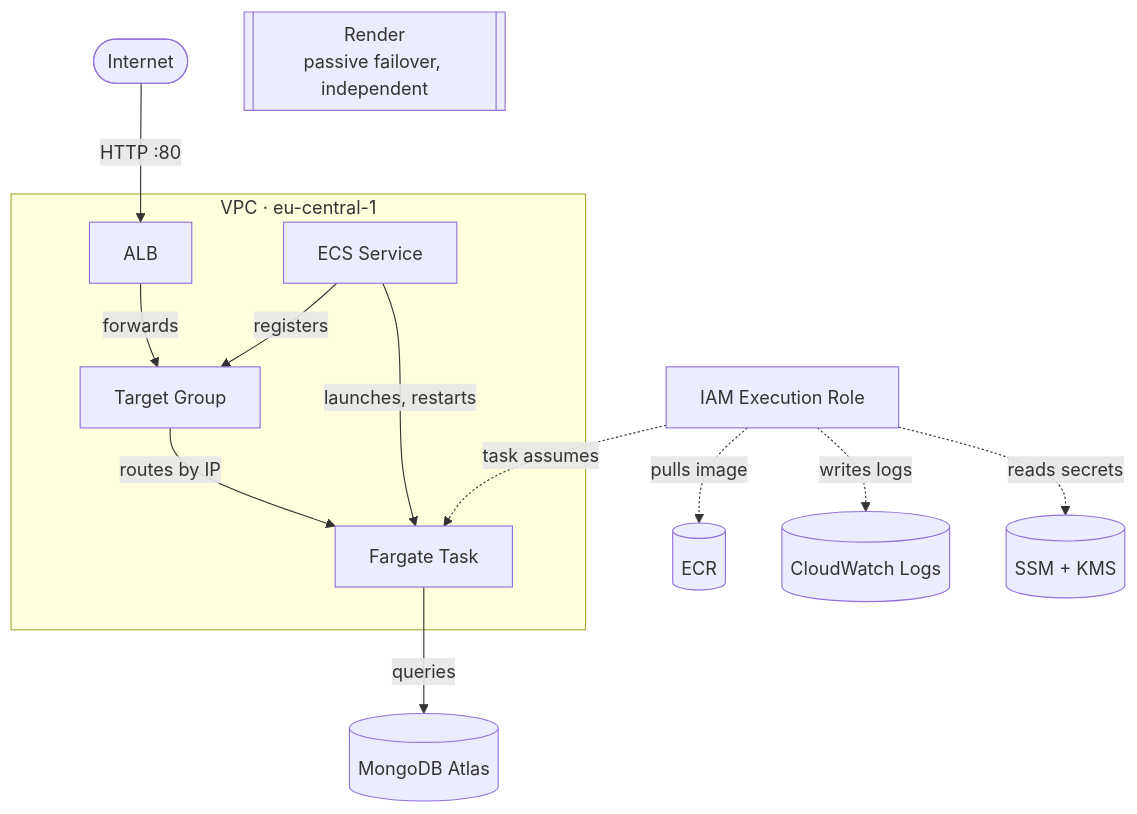
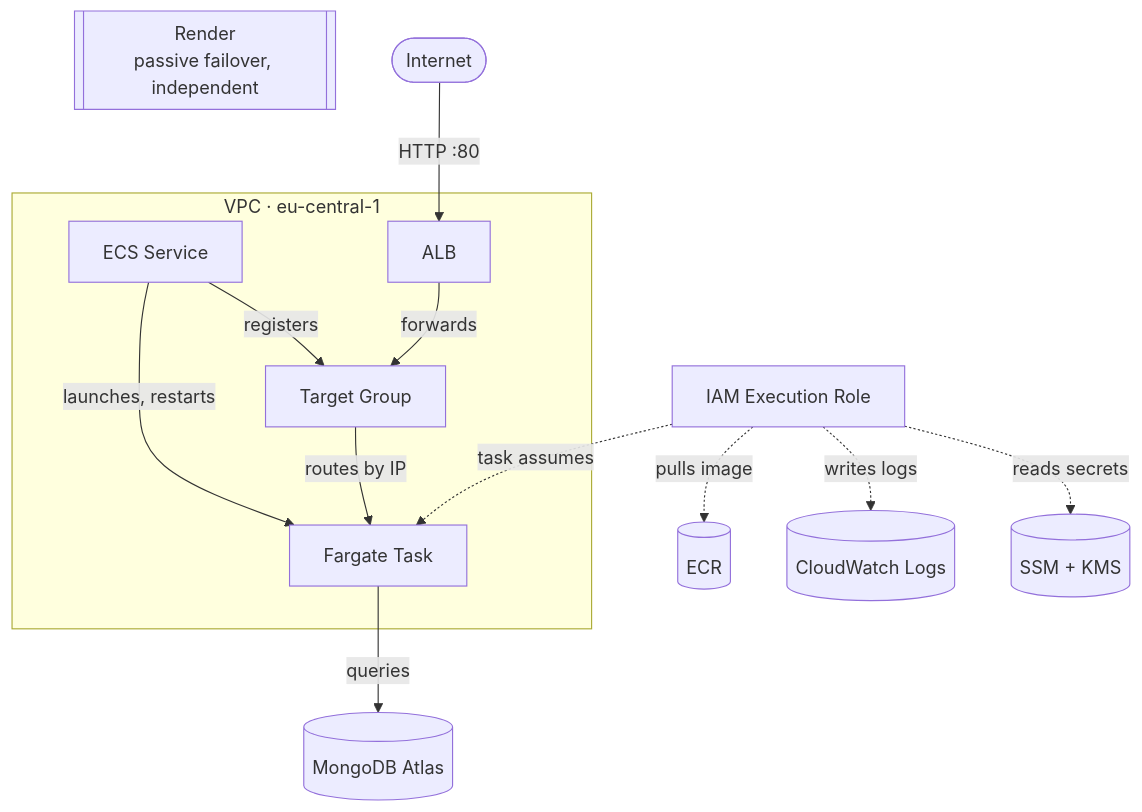
The first of 2 diagrams in README.md (ntrix/amazin-be), drawn with Mermaid before and after one commit. The commit also changed other lines of this file, not shown here.

Commit message:
docs(readme): reorder diagram nodes so Role/ECR/Logs/SSM/Render lean left, Internet leans right

````diff
--- a/README.md
+++ b/README.md
@@ -74,23 +74,24 @@
 ```mermaid
 flowchart TB
-  Internet([Internet]) -->|"HTTP :80"| ALB["ALB"]
-  ALB -->|forwards| TG["Target Group"]
-  TG -->|"routes by IP"| Task["Fargate Task"]
-  Task -->|queries| Mongo[("MongoDB Atlas")]
-  Service["ECS Service"] -->|"launches, restarts"| Task
-  Service -->|registers| TG
-
   Role["IAM Execution Role"] -. "task assumes" .-> Task
   Role -. "pulls image" .-> ECR[("ECR")]
   Role -. "writes logs" .-> Logs[("CloudWatch Logs")]
   Role -. "reads secrets" .-> SSM[("SSM + KMS")]
 
   Render[["Render<br/>passive failover, independent"]]
+
+  Service["ECS Service"] -->|"launches, restarts"| Task
+  Service -->|registers| TG
+
+  Internet([Internet]) -->|"HTTP :80"| ALB["ALB"]
+  ALB -->|forwards| TG["Target Group"]
+  TG -->|"routes by IP"| Task["Fargate Task"]
+  Task -->|queries| Mongo[("MongoDB Atlas")]
 
   subgraph VPC["VPC · eu-central-1"]
     ALB
     TG
     Task
     Service
   end
 ```
````
